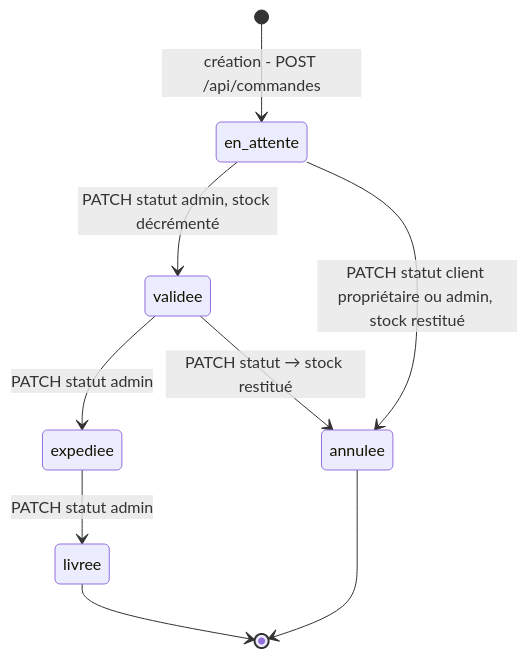
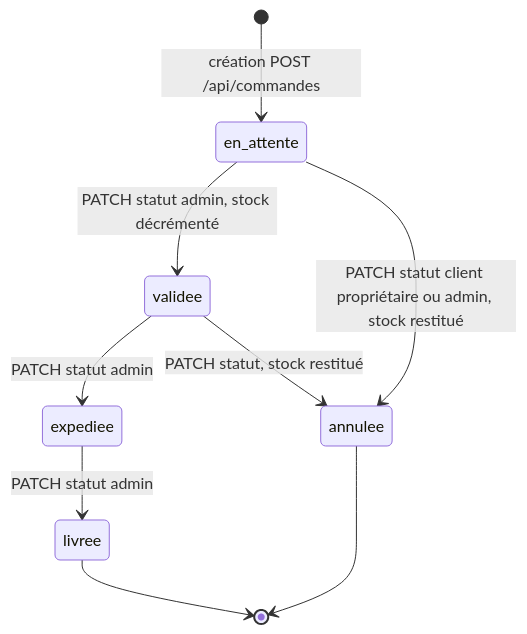
One commit to ericlacombe/mon-projet-handson-python changed the sixth of 10 diagrams in docs/uml-projet.md. Above: the diagram before and after it, drawn with Mermaid. The commit also changed other lines of this file, not shown here.

Commit message:
docs(uml-projet.md) : nettoie les étiquettes du stateDiagram 2.3 - plus de flèche unicode ni de tiret isolé dans les labels

````diff
--- a/docs/uml-projet.md
+++ b/docs/uml-projet.md
@@ -258,13 +258,13 @@
 ```mermaid
 %% LÉGENDE machine à états UML : [*] = état initial/final · A --> B : événement/déclencheur = PATCH /api/commandes/<id>/statut
 %% Effets de bord : validée → stock décrémenté · annulée → stock restitué
 stateDiagram-v2
-    [*] --> en_attente : création - POST /api/commandes
+    [*] --> en_attente : création POST /api/commandes
     en_attente --> validee : PATCH statut admin, stock décrémenté
     en_attente --> annulee : PATCH statut client propriétaire ou admin, stock restitué
     validee --> expediee : PATCH statut admin
-    validee --> annulee : PATCH statut → stock restitué
+    validee --> annulee : PATCH statut, stock restitué
     expediee --> livree : PATCH statut admin
     livree --> [*]
     annulee --> [*]
 ```
````
